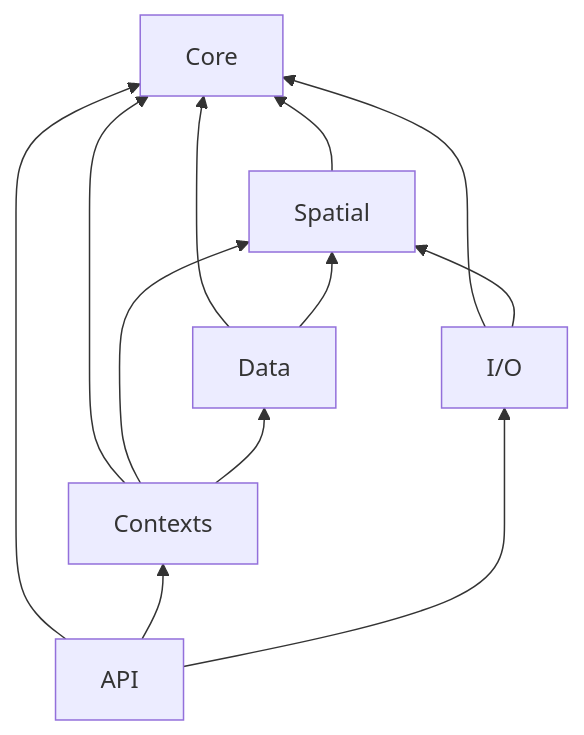
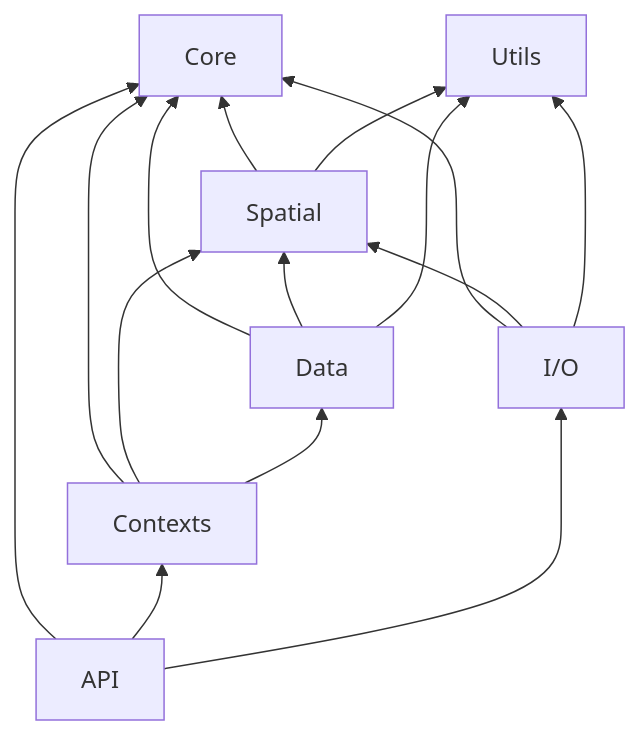
Before and after one commit to ucid-foundation/ucid: the fourth of 9 diagrams in ARCHITECTURE.md, drawn with Mermaid. The commit also changed other lines of this file and 174 other files, not shown here.

````diff
--- a/ARCHITECTURE.md
+++ b/ARCHITECTURE.md
@@ -184,21 +283,25 @@
 ```mermaid
 graph BT
     core[Core]
     spatial[Spatial]
     data[Data]
     contexts[Contexts]
     io[I/O]
     api[API]
-    
+    utils[Utils]
+
     spatial --> core
+    spatial --> utils
     data --> core
     data --> spatial
+    data --> utils
     contexts --> core
     contexts --> spatial
     contexts --> data
     io --> core
     io --> spatial
+    io --> utils
     api --> core
     api --> contexts
     api --> io
 ```
````
